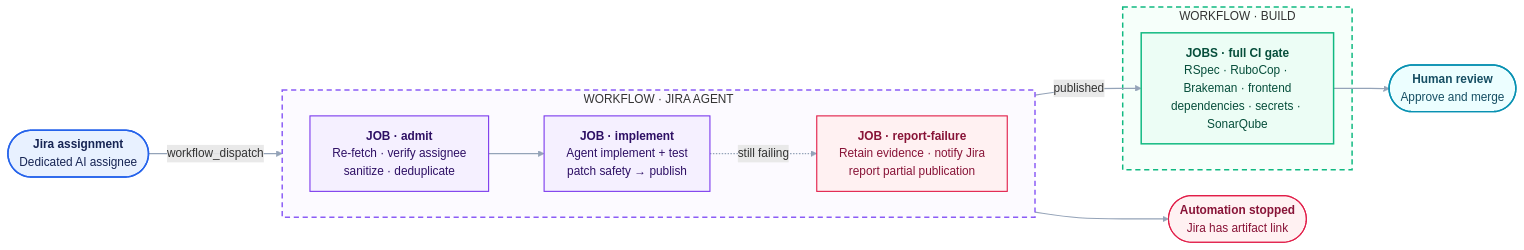
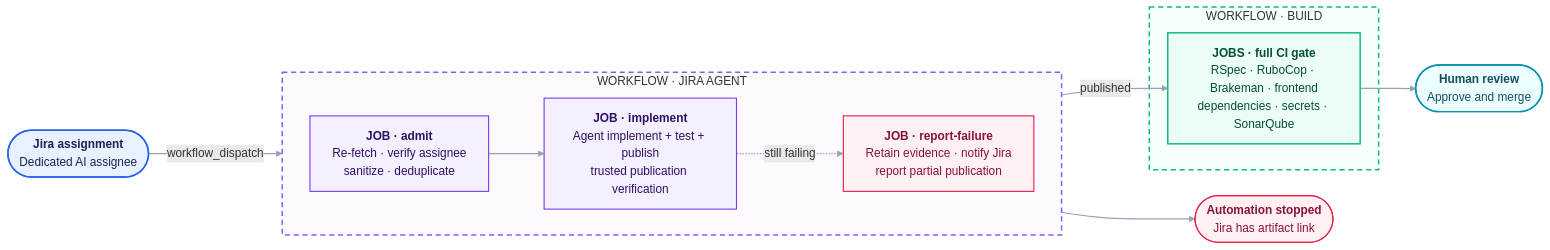
Before and after one commit to nishant-compro/mini_jira: the diagram in docs/jira-agent-deployment.md, drawn with Mermaid. The commit also changed other lines of this file and 6 other files, not shown here.

````diff
--- a/docs/jira-agent-deployment.md
+++ b/docs/jira-agent-deployment.md
@@ -20,41 +19,41 @@
 ```mermaid
 flowchart LR
   JIRA(["<b>Jira assignment</b><br/>Dedicated AI assignee"])
 
   subgraph W1["WORKFLOW · JIRA AGENT"]
     direction LR
     ADMIT["<b>JOB · admit</b><br/>Re-fetch · verify assignee<br/>sanitize · deduplicate"]
-    IMPLEMENT["<b>JOB · implement</b><br/>Agent implement + test<br/>patch safety → publish"]
+    IMPLEMENT["<b>JOB · implement</b><br/>Agent implement + test + publish<br/>trusted publication verification"]
     REPORT["<b>JOB · report-failure</b><br/>Retain evidence · notify Jira<br/>report partial publication"]
 
     ADMIT --> IMPLEMENT
     IMPLEMENT -.->|"still failing"| REPORT
   end
 
   subgraph W2["WORKFLOW · BUILD"]
     CI["<b>JOBS · full CI gate</b><br/>RSpec · RuboCop · Brakeman · frontend<br/>dependencies · secrets · SonarQube"]
   end
 
   HUMAN(["<b>Human review</b><br/>Approve and merge"])
   STOP(["<b>Automation stopped</b><br/>Jira has artifact link"])
 
   JIRA -->|"workflow_dispatch"| ADMIT
   IMPLEMENT -->|"published"| CI --> HUMAN
   REPORT --> STOP
 
   classDef trigger fill:#E8F1FF,stroke:#2563EB,color:#172554,stroke-width:2px;
   classDef job fill:#F5F0FF,stroke:#7C3AED,color:#2E1065,stroke-width:1.5px;
   classDef gate fill:#ECFDF5,stroke:#10B981,color:#064E3B,stroke-width:2px;
   classDef stop fill:#FFF1F2,stroke:#E11D48,color:#881337,stroke-width:1.5px;
   classDef human fill:#ECFEFF,stroke:#0891B2,color:#164E63,stroke-width:2px;
 
   class JIRA trigger;
   class ADMIT,IMPLEMENT job;
   class CI gate;
   class REPORT,STOP stop;
   class HUMAN human;
 
   style W1 fill:#FCFAFF,stroke:#8B5CF6,stroke-width:2px,stroke-dasharray:7 5
   style W2 fill:#F6FFFA,stroke:#10B981,stroke-width:2px,stroke-dasharray:7 5
   linkStyle default stroke:#94A3B8,stroke-width:1.5px
 ```
````
